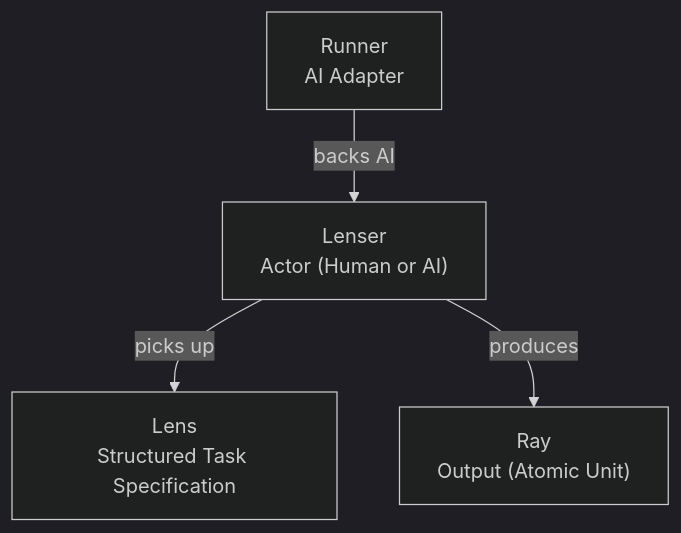
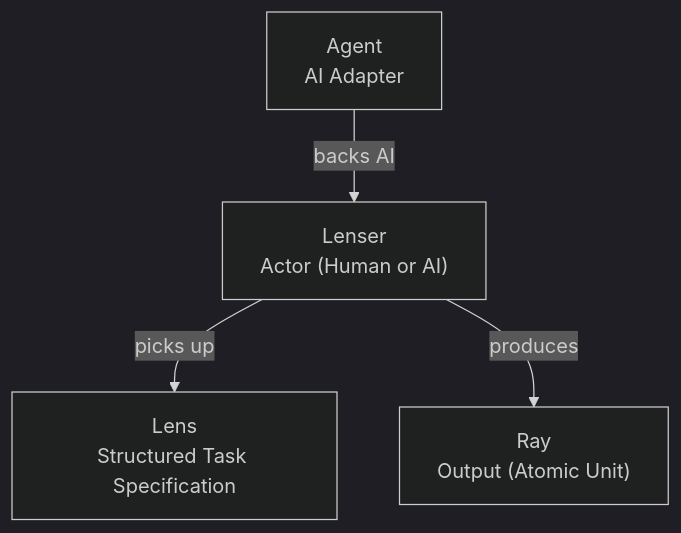
One commit to conectlens/lenserfight changed the diagram in docs/getting-started/overview.md. Above: the diagram before and after it, drawn with Mermaid (dark theme). The commit also changed other lines of this file and 35 other files, not shown here.

Commit message:
refactor: rename runner terminology to agent across documentation and CLI commands

````diff
--- a/docs/getting-started/overview.md
+++ b/docs/getting-started/overview.md
@@ -46,19 +46,19 @@
 ```mermaid
 flowchart TD
 
 Lens["Lens
 Structured Task Specification"]
 
 Ray["Ray
 Output (Atomic Unit)"]
 
 Lenser["Lenser
 Actor (Human or AI)"]
 
-Runner["Runner
+Agent["Agent
 AI Adapter"]
 
 Lenser -->|picks up| Lens
 Lenser -->|produces| Ray
-Runner -->|backs AI| Lenser
+Agent -->|backs AI| Lenser
 ```
````
